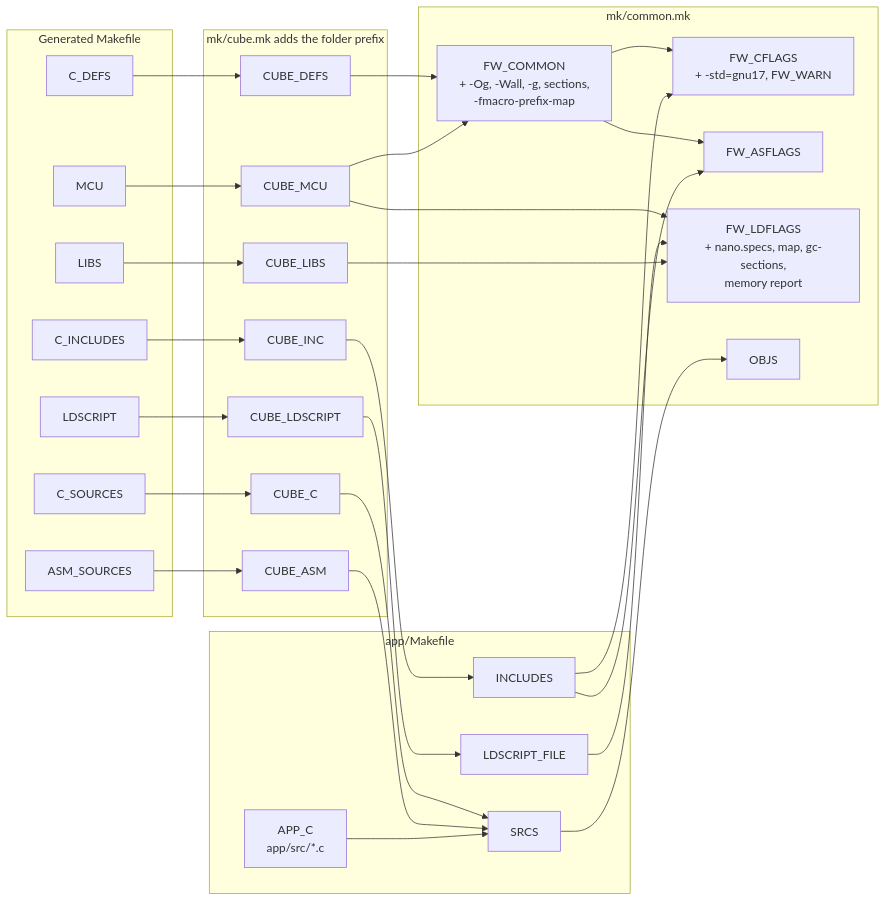
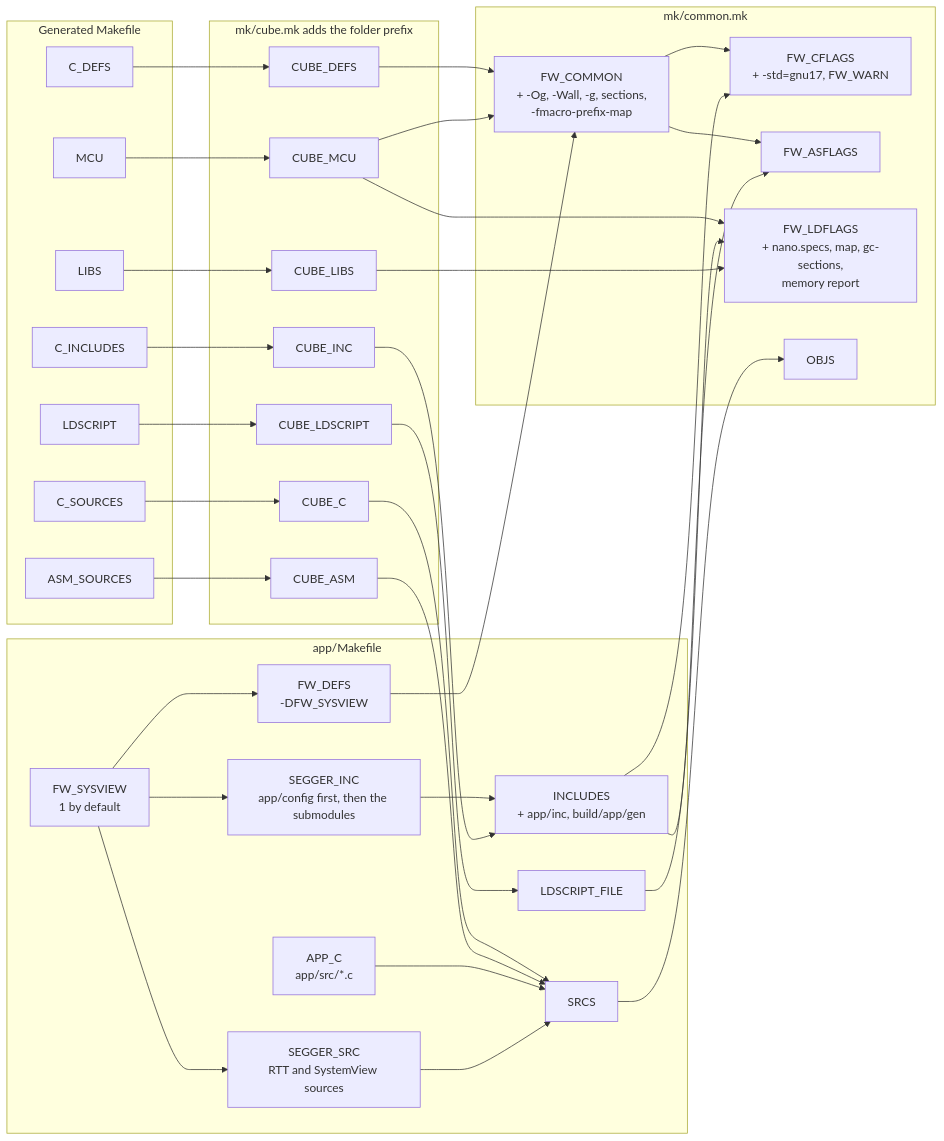
The fourth of 4 diagrams in documentation/build_dependency_map.md (floriangmeiner/demo_project_kci), drawn with Mermaid before and after one commit. The commit also changed other lines of this file and 17 other files, not shown here.

First line of the commit message:
Add SystemView tracing, logging and heap plots

````diff
--- a/documentation/build_dependency_map.md
+++ b/documentation/build_dependency_map.md
@@ -103,48 +113,55 @@
 ```mermaid
 flowchart LR
   subgraph GEN["Generated Makefile"]
     C_SOURCES
     ASM_SOURCES
     C_INCLUDES
     C_DEFS
     MCU
     LDSCRIPT
     LIBS
   end
   subgraph CUBE["mk/cube.mk adds the folder prefix"]
     CUBE_C
     CUBE_ASM
     CUBE_INC
     CUBE_DEFS
     CUBE_MCU
     CUBE_LDSCRIPT
     CUBE_LIBS
   end
   subgraph APPMK["app/Makefile"]
     APP_C["APP_C<br/>app/src/*.c"]
+    FW_SYSVIEW["FW_SYSVIEW<br/>1 by default"]
+    SEGGER_SRC["SEGGER_SRC<br/>RTT and SystemView sources"]
+    SEGGER_INC["SEGGER_INC<br/>app/config first, then the submodules"]
+    FW_DEFS["FW_DEFS<br/>-DFW_SYSVIEW"]
     SRCS
-    INCLUDES
+    INCLUDES["INCLUDES<br/>+ app/inc, build/app/gen"]
     LDSCRIPT_FILE
   end
   subgraph COMMON["mk/common.mk"]
     FW_COMMON["FW_COMMON<br/>+ -Og, -Wall, -g, sections,<br/>-fmacro-prefix-map"]
     FW_CFLAGS["FW_CFLAGS<br/>+ -std=gnu17, FW_WARN"]
     FW_ASFLAGS
     FW_LDFLAGS["FW_LDFLAGS<br/>+ nano.specs, map, gc-sections,<br/>memory report"]
     OBJS
   end
   C_SOURCES --> CUBE_C --> SRCS
   ASM_SOURCES --> CUBE_ASM --> SRCS
   APP_C --> SRCS
+  FW_SYSVIEW --> SEGGER_SRC --> SRCS
+  FW_SYSVIEW --> SEGGER_INC --> INCLUDES
+  FW_SYSVIEW --> FW_DEFS --> FW_COMMON
   C_INCLUDES --> CUBE_INC --> INCLUDES
   C_DEFS --> CUBE_DEFS --> FW_COMMON
   MCU --> CUBE_MCU --> FW_COMMON
   CUBE_MCU --> FW_LDFLAGS
   LDSCRIPT --> CUBE_LDSCRIPT --> LDSCRIPT_FILE --> FW_LDFLAGS
   LIBS --> CUBE_LIBS --> FW_LDFLAGS
   FW_COMMON --> FW_CFLAGS
   FW_COMMON --> FW_ASFLAGS
   INCLUDES --> FW_CFLAGS
   INCLUDES --> FW_ASFLAGS
   SRCS --> OBJS
 ```
````
